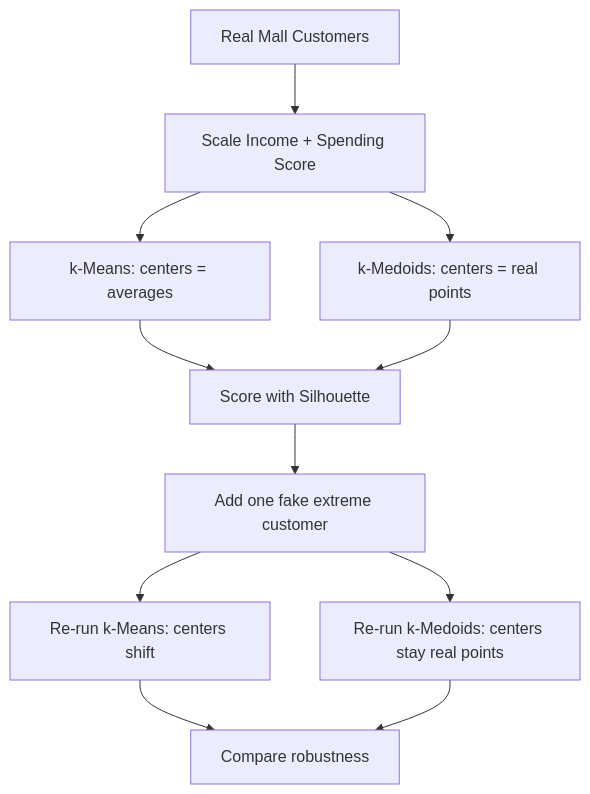
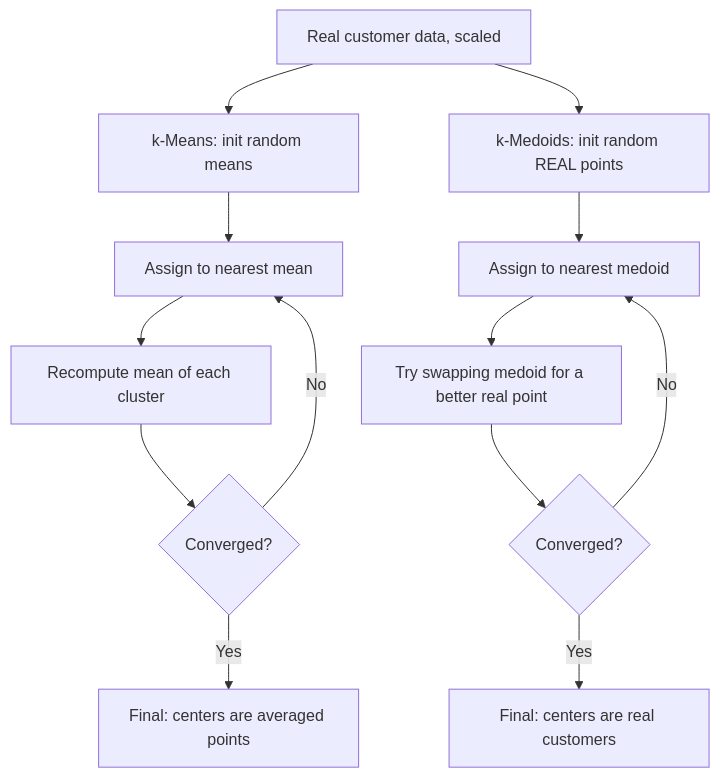
One commit to hiteshjangid-dev/INT396 changed the diagram in Practical-02-KMeans-vs-KMedoids/README.md. Above: the diagram before and after it, drawn with Mermaid. The commit also changed other lines of this file and 15 other files, not shown here.

````diff
--- a/Practical-02-KMeans-vs-KMedoids/README.md
+++ b/Practical-02-KMeans-vs-KMedoids/README.md
@@ -60,13 +43,15 @@
 ```mermaid
 flowchart TD
-    A[Real Mall Customers] --> B[Scale Income + Spending Score]
-    B --> C[k-Means: centers = averages]
-    B --> D[k-Medoids: centers = real points]
-    C --> E[Score with Silhouette]
-    D --> E
-    E --> F[Add one fake extreme customer]
-    F --> G[Re-run k-Means: centers shift]
-    F --> H[Re-run k-Medoids: centers stay real points]
-    G --> I[Compare robustness]
-    H --> I
+    A[Real customer data, scaled] --> B[k-Means: init random means]
+    A --> C[k-Medoids: init random REAL points]
+    B --> D[Assign to nearest mean]
+    C --> E[Assign to nearest medoid]
+    D --> F[Recompute mean of each cluster]
+    E --> G[Try swapping medoid for a better real point]
+    F --> H{Converged?}
+    G --> I{Converged?}
+    H -- No --> D
+    I -- No --> E
+    H -- Yes --> J[Final: centers are averaged points]
+    I -- Yes --> K[Final: centers are real customers]
 ```
````
